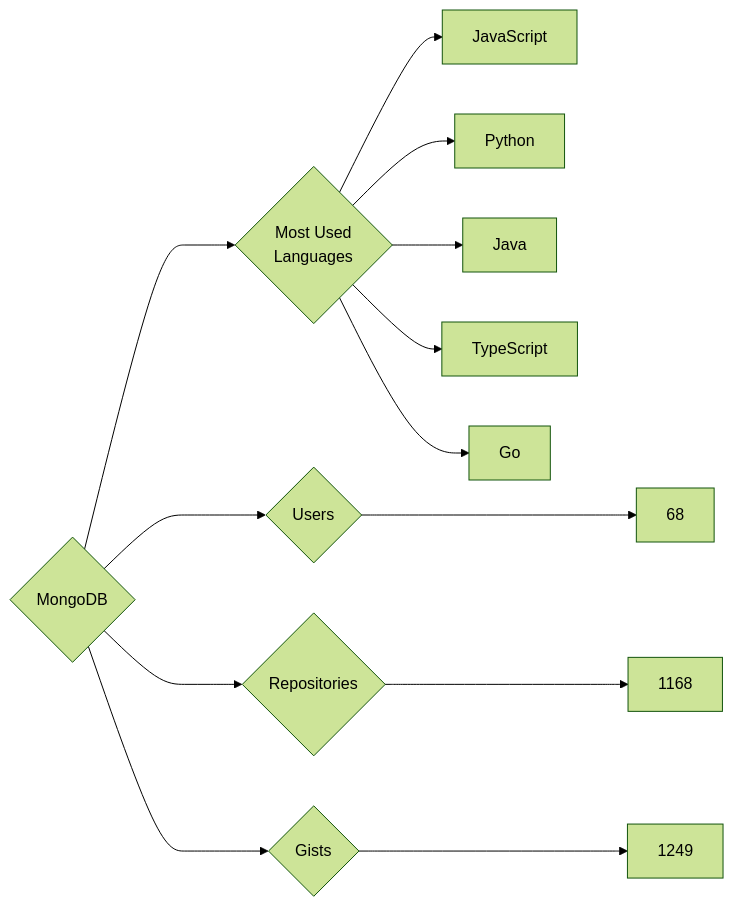
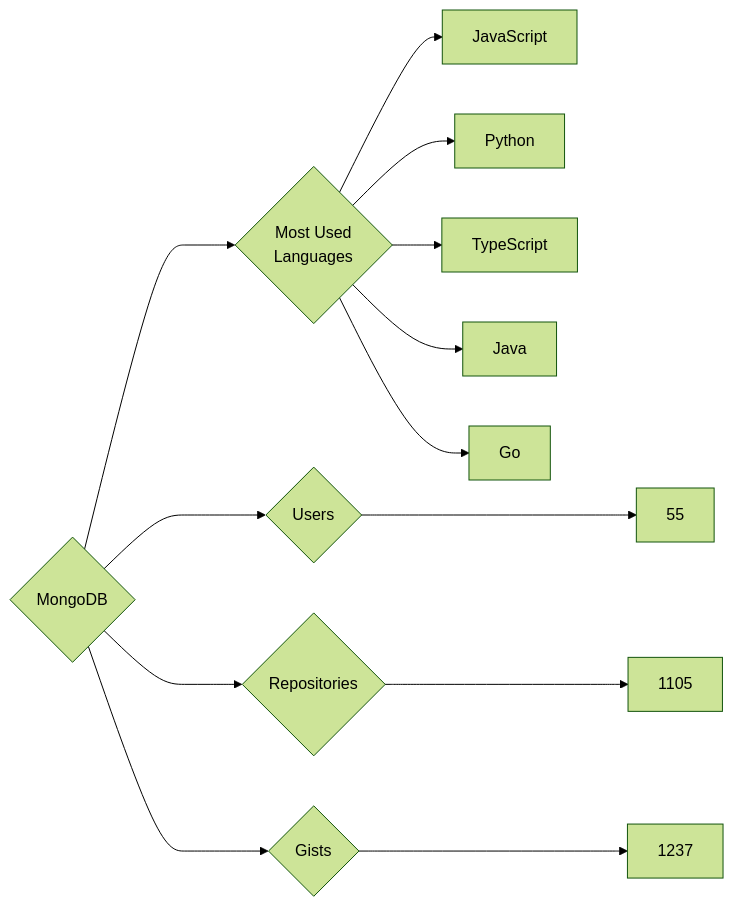
One commit to trickest/insiders changed the diagram in targets/MongoDB/README.md. Above: the diagram before and after it, drawn with Mermaid (forest theme). The commit also changed 860 other files, not shown here.

````diff
--- a/targets/MongoDB/README.md
+++ b/targets/MongoDB/README.md
@@ -3,13 +3,13 @@
 ```mermaid
 graph LR
 COMPANY_NAME{MongoDB}
-COMPANY_NAME ---> U{Users} ---> UN[68]
-COMPANY_NAME ---> R{Repositories} ---> RN[1168]
-COMPANY_NAME ---> G{Gists} ---> GN[1249]
+COMPANY_NAME ---> U{Users} ---> UN[55]
+COMPANY_NAME ---> R{Repositories} ---> RN[1105]
+COMPANY_NAME ---> G{Gists} ---> GN[1237]
 COMPANY_NAME ---> ML{Most Used<br>Languages}
 ML --> JavaScript[JavaScript]
 ML --> Python[Python]
+ML --> TypeScript[TypeScript]
 ML --> Java[Java]
-ML --> TypeScript[TypeScript]
 ML --> Go[Go]
 ```
````
